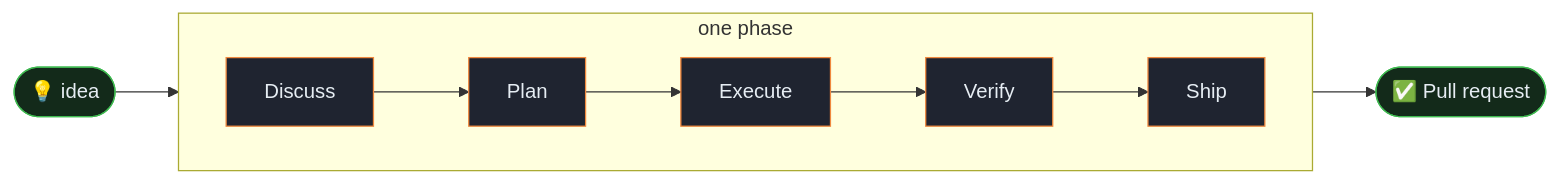
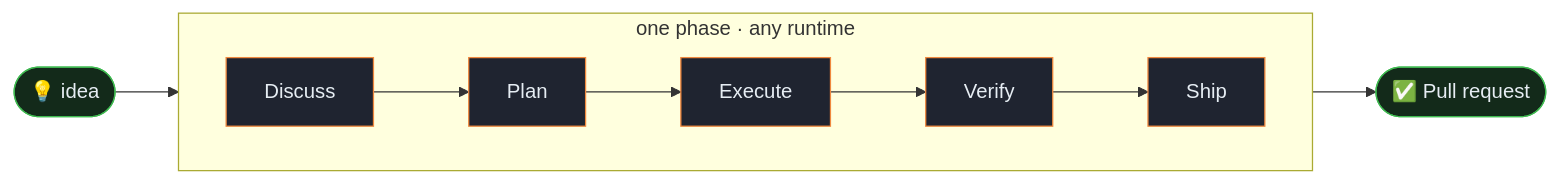
Before and after one commit to open-gsd/gsd-core: the sixth of 6 diagrams in docs/tutorials/your-first-project.md, drawn with Mermaid. The commit also changed other lines of this file, not shown here.

First line of the commit message:
docs(#2534): make the tutorial runtime-agnostic (all IDEs)

````diff
--- a/docs/tutorials/your-first-project.md
+++ b/docs/tutorials/your-first-project.md
@@ -456,12 +479,12 @@
 ```mermaid
 flowchart LR
     idea([💡 idea]) --> loop
-    subgraph loop [one phase]
+    subgraph loop [one phase · any runtime]
       direction LR
       d[Discuss]-->p[Plan]-->e[Execute]-->v[Verify]-->s[Ship]
     end
     loop --> pr([✅ Pull request])
     classDef a fill:#1f2430,stroke:#f0883e,color:#e6edf3;
     classDef ok fill:#132a1a,stroke:#3fb950,color:#e6edf3;
     class d,p,e,v,s a; class pr,idea ok;
 ```
````
